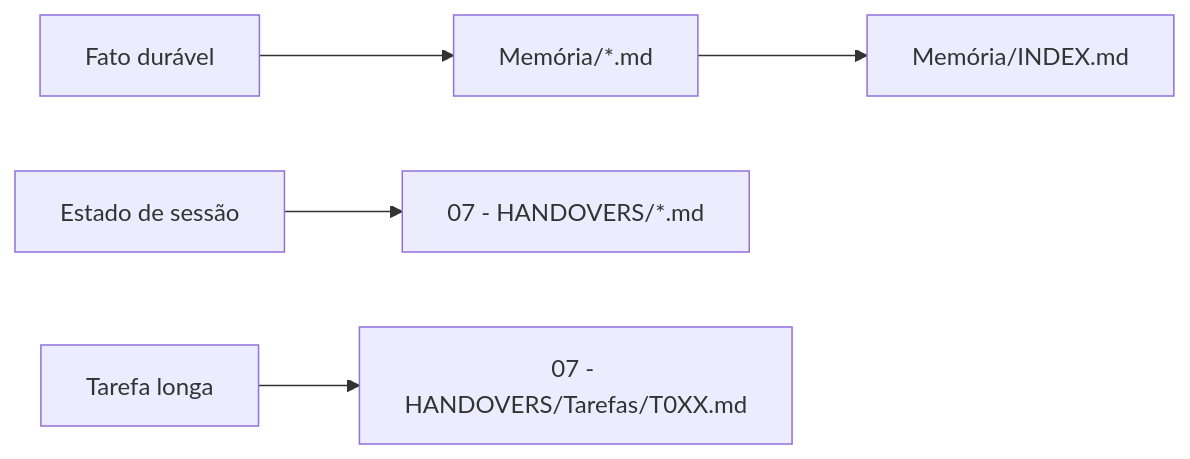
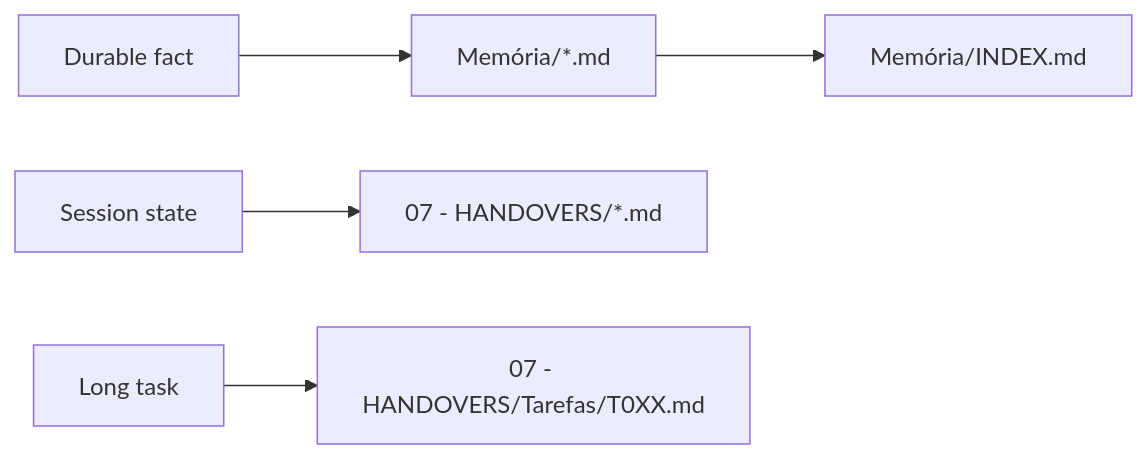
The second of 3 diagrams in README.md (PedroHenrique0713/brain-template), drawn with Mermaid before and after one commit. The commit also changed other lines of this file and 2 other files, not shown here.

````diff
--- a/README.md
+++ b/README.md
@@ -98,8 +92,7 @@
 ```mermaid
 flowchart LR
-  Stable["Fato durável"] --> Memory["Memória/*.md"]
+  Stable["Durable fact"] --> Memory["Memória/*.md"]
   Memory --> Index["Memória/INDEX.md"]
-
-  Session["Estado de sessão"] --> Handover["07 - HANDOVERS/*.md"]
-  LongTask["Tarefa longa"] --> Task["07 - HANDOVERS/Tarefas/T0XX.md"]
+  Session["Session state"] --> Handover["07 - HANDOVERS/*.md"]
+  LongTask["Long task"] --> Task["07 - HANDOVERS/Tarefas/T0XX.md"]
 ```
````
